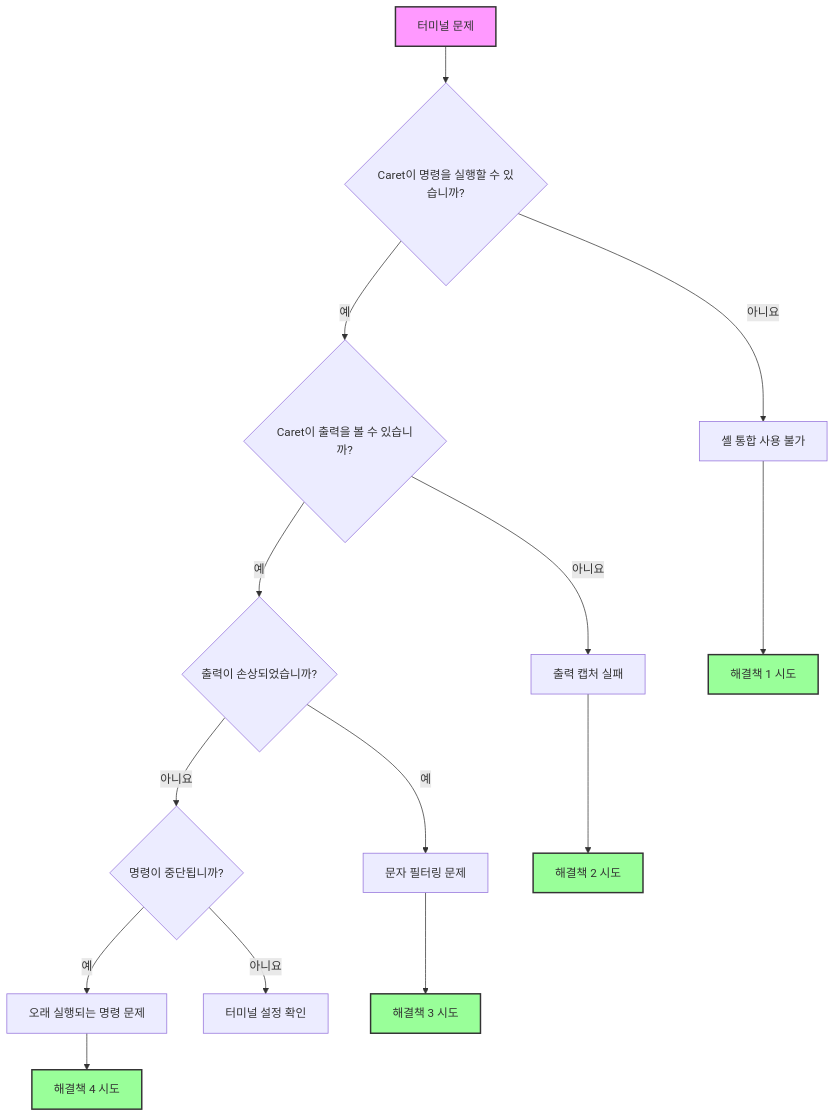
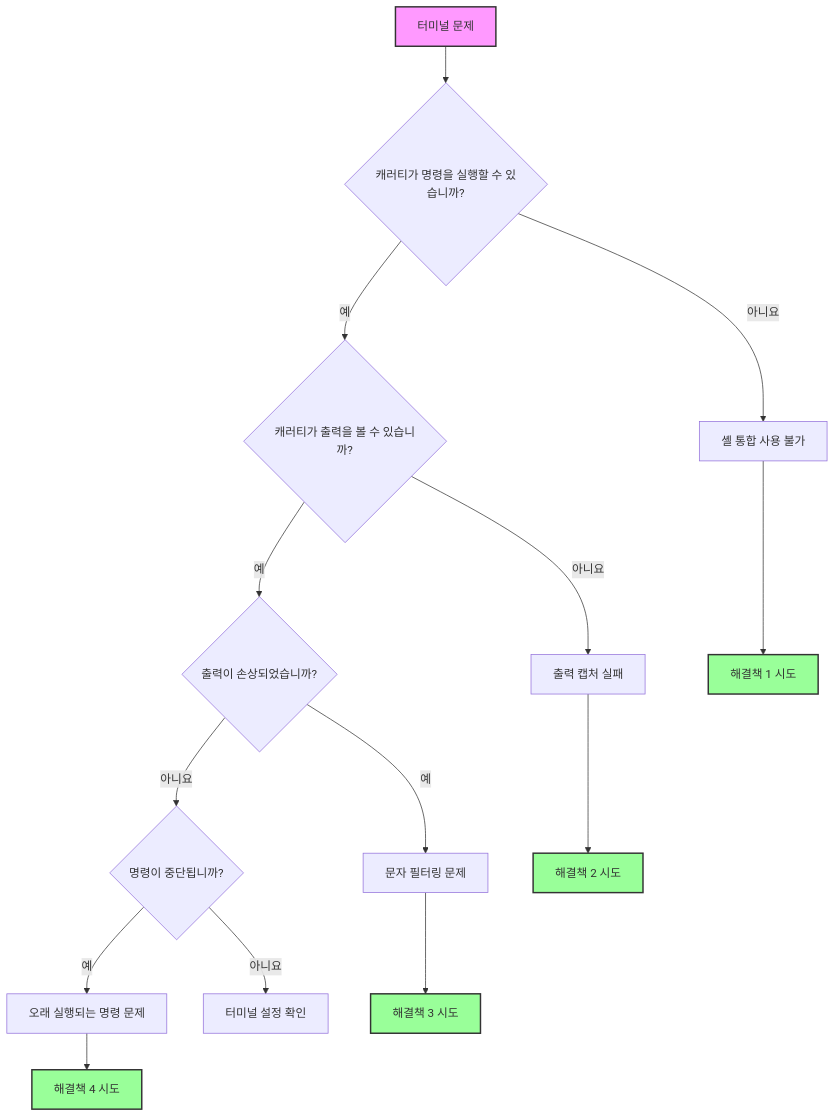
One commit to aicoding-caret/docs.caret.team changed the diagram in docs-ko/troubleshooting/terminal-integration-guide.mdx. Above: the diagram before and after it, drawn with Mermaid. The commit also changed other lines of this file and 100 other files, not shown here.

````diff
--- a/docs-ko/troubleshooting/terminal-integration-guide.mdx
+++ b/docs-ko/troubleshooting/terminal-integration-guide.mdx
@@ -20,23 +20,23 @@
 ```mermaid
 graph TD
-    A[터미널 문제] --> B{Caret이 명령을 실행할 수 있습니까?}
+    A[터미널 문제] --> B{캐러티가 명령을 실행할 수 있습니까?}
     B -->|아니요| C[셸 통합 사용 불가]
-    B -->|예| D{Caret이 출력을 볼 수 있습니까?}
+    B -->|예| D{캐러티가 출력을 볼 수 있습니까?}
     D -->|아니요| E[출력 캡처 실패]
     D -->|예| F{출력이 손상되었습니까?}
     F -->|예| G[문자 필터링 문제]
     F -->|아니요| H{명령이 중단됩니까?}
     H -->|예| I[오래 실행되는 명령 문제]
     H -->|아니요| J[터미널 설정 확인]
 
     C --> K[해결책 1 시도]
     E --> L[해결책 2 시도]
     G --> M[해결책 3 시도]
     I --> N[해결책 4 시도]
 
     style A fill:#f9f,stroke:#333,stroke-width:2px
     style K fill:#9f9,stroke:#333,stroke-width:2px
     style L fill:#9f9,stroke:#333,stroke-width:2px
     style M fill:#9f9,stroke:#333,stroke-width:2px
     style N fill:#9f9,stroke:#333,stroke-width:2px
 ```
````
